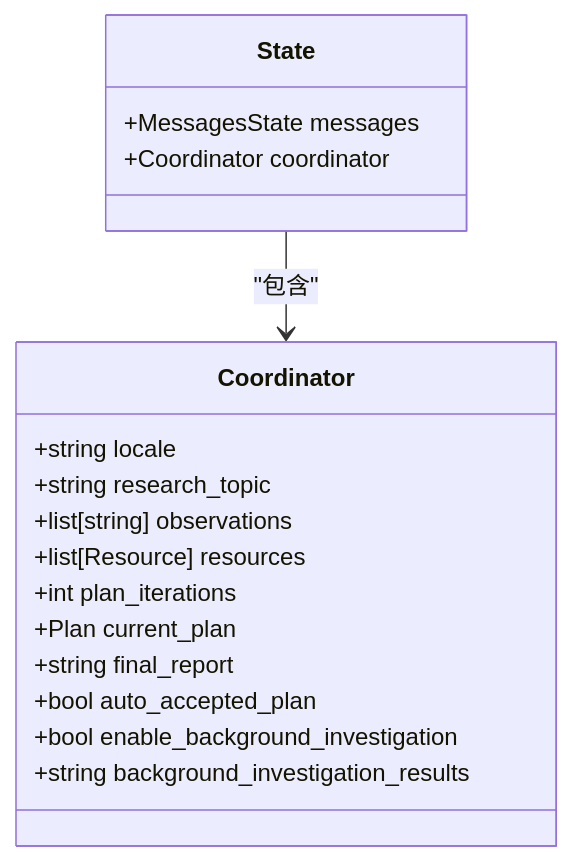
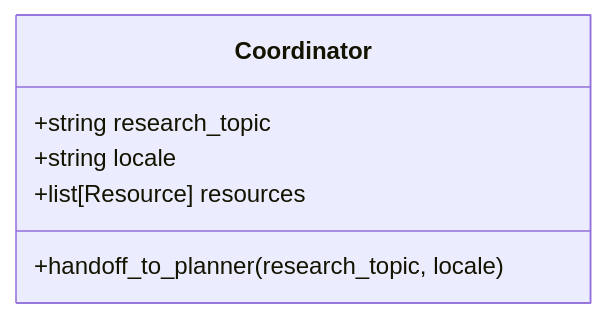
The third of 11 diagrams in .qoder/repowiki/zh/content/系统概述.md (zhangler1/deer-flow), drawn with Mermaid before and after one commit. The commit also changed other lines of this file and 61 other files, not shown here.

````diff
--- a/.qoder/repowiki/zh/content/系统概述.md
+++ b/.qoder/repowiki/zh/content/系统概述.md
@@ -95,20 +113,9 @@
 ```mermaid
 classDiagram
 class Coordinator {
++string research_topic
 +string locale
-+string research_topic
-+list[string] observations
 +list[Resource] resources
-+int plan_iterations
-+Plan current_plan
-+string final_report
-+bool auto_accepted_plan
-+bool enable_background_investigation
-+string background_investigation_results
++handoff_to_planner(research_topic, locale)
 }
-class State {
-+MessagesState messages
-+Coordinator coordinator
-}
-State --> Coordinator : "包含"
 ```
````
